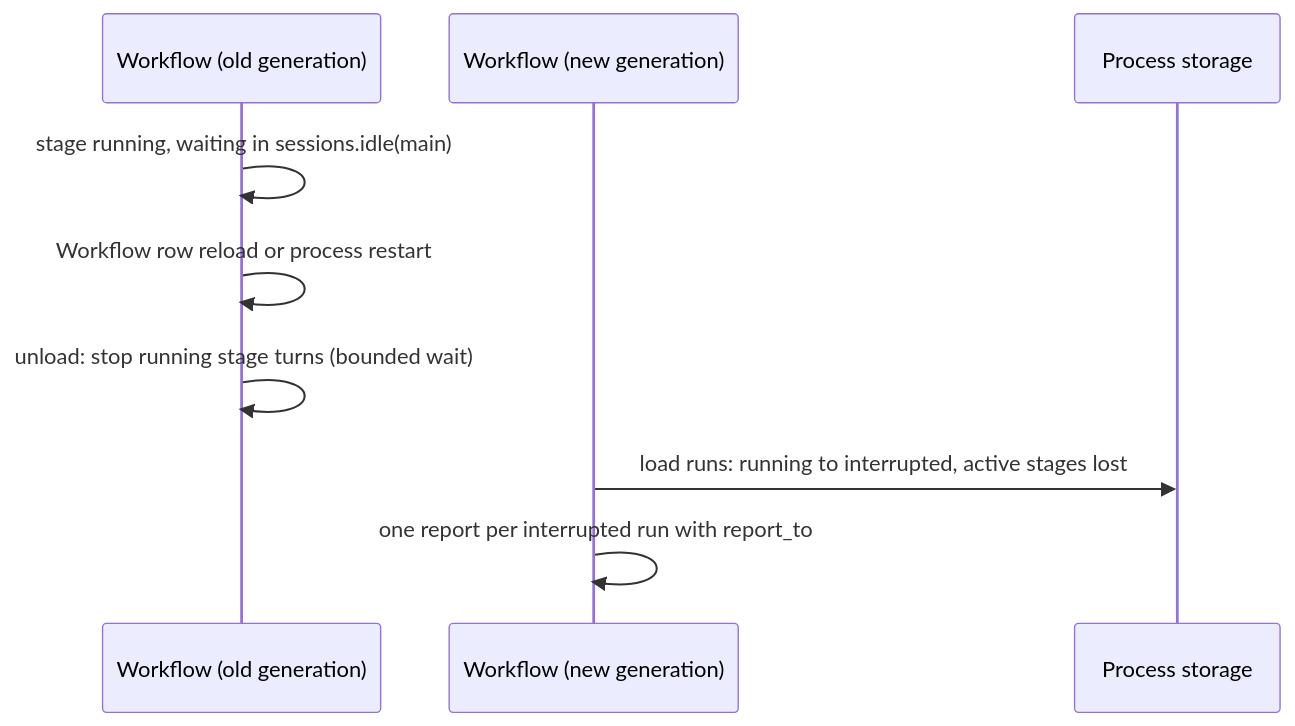
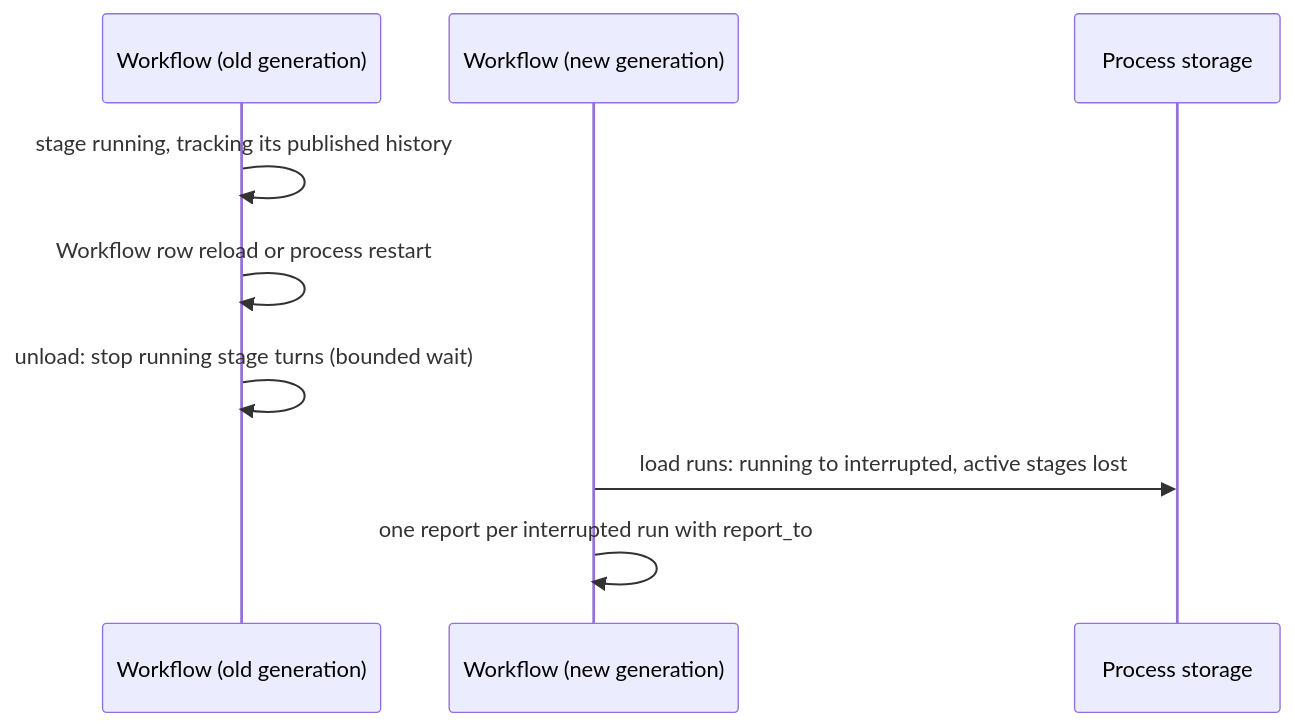
One commit to CoutinhoTTS/dim-agent changed the sixth of 6 diagrams in docs/design/plugins/Workflow.md. Above: the diagram before and after it, drawn with Mermaid. The commit also changed other lines of this file and 3 other files, not shown here.

Commit message:
docs(automation): track owned inputs through published history

````diff
--- a/docs/design/plugins/Workflow.md
+++ b/docs/design/plugins/Workflow.md
@@ -178,11 +184,11 @@
 ```mermaid
 sequenceDiagram
   participant WF as Workflow (old generation)
   participant WF2 as Workflow (new generation)
   participant ST as Process storage
-  WF->>WF: stage running, waiting in sessions.idle(main)
+  WF->>WF: stage running, tracking its published history
   WF->>WF: Workflow row reload or process restart
   WF->>WF: unload: stop running stage turns (bounded wait)
   WF2->>ST: load runs: running to interrupted, active stages lost
   WF2->>WF2: one report per interrupted run with report_to
 ```
````
